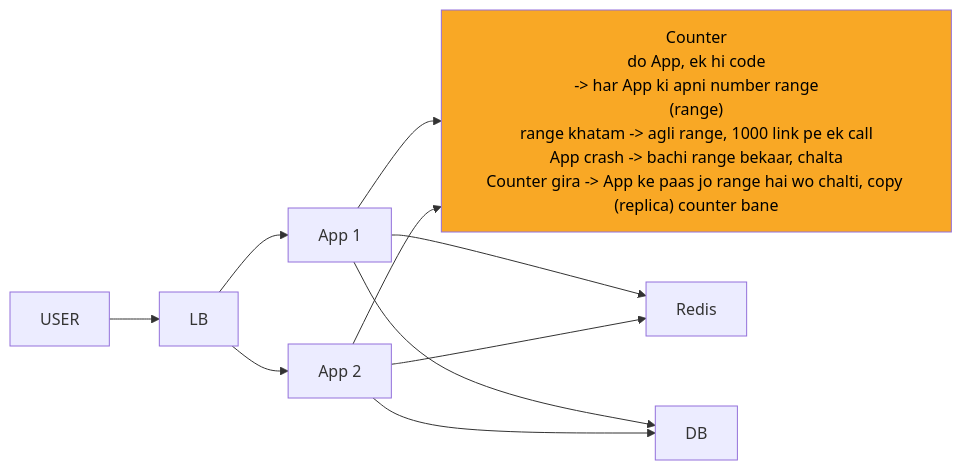
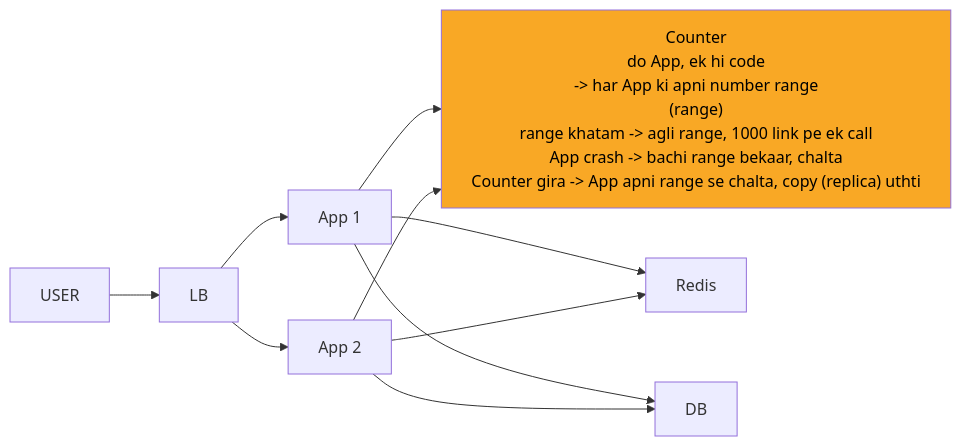
One commit to ArpanMaheshwari144/Prep changed the fourth of 10 diagrams in 04_HLD/SYSTEM_DESIGNS/01_url_shortener/01_url_shortener.md. Above: the diagram before and after it, drawn with Mermaid. The commit also changed other lines of this file and 13 other files, not shown here.

````diff
--- a/04_HLD/SYSTEM_DESIGNS/01_url_shortener/01_url_shortener.md
+++ b/04_HLD/SYSTEM_DESIGNS/01_url_shortener/01_url_shortener.md
@@ -188,21 +188,21 @@
 ```mermaid
 %%{init: {"flowchart": {"wrappingWidth": 450}}}%%
 flowchart LR
     n_USER["USER"]
     n_LB["LB"]
     n_App_x_N_1["App 1"]
     n_App_x_N_2["App 2"]
-    n_Counter["Counter<br/>do App, ek hi code<br/>-> har App ki apni number range<br/>(range)<br/>range khatam -> agli range, 1000 link pe ek call<br/>App crash -> bachi range bekaar, chalta<br/>Counter gira -> App ke paas jo range hai wo chalti, copy (replica) counter bane"]
+    n_Counter["Counter<br/>do App, ek hi code<br/>-> har App ki apni number range<br/>(range)<br/>range khatam -> agli range, 1000 link pe ek call<br/>App crash -> bachi range bekaar, chalta<br/>Counter gira -> App apni range se chalta, copy (replica) uthti"]
     n_Redis["Redis"]
     n_DB["DB"]
     n_USER --> n_LB
     n_LB --> n_App_x_N_1
     n_LB --> n_App_x_N_2
     n_App_x_N_1 --> n_Counter
     n_App_x_N_2 --> n_Counter
     n_App_x_N_1 --> n_Redis
     n_App_x_N_2 --> n_Redis
     n_App_x_N_1 --> n_DB
     n_App_x_N_2 --> n_DB
     style n_Counter fill:#f9a825,color:#000
 ```
````
